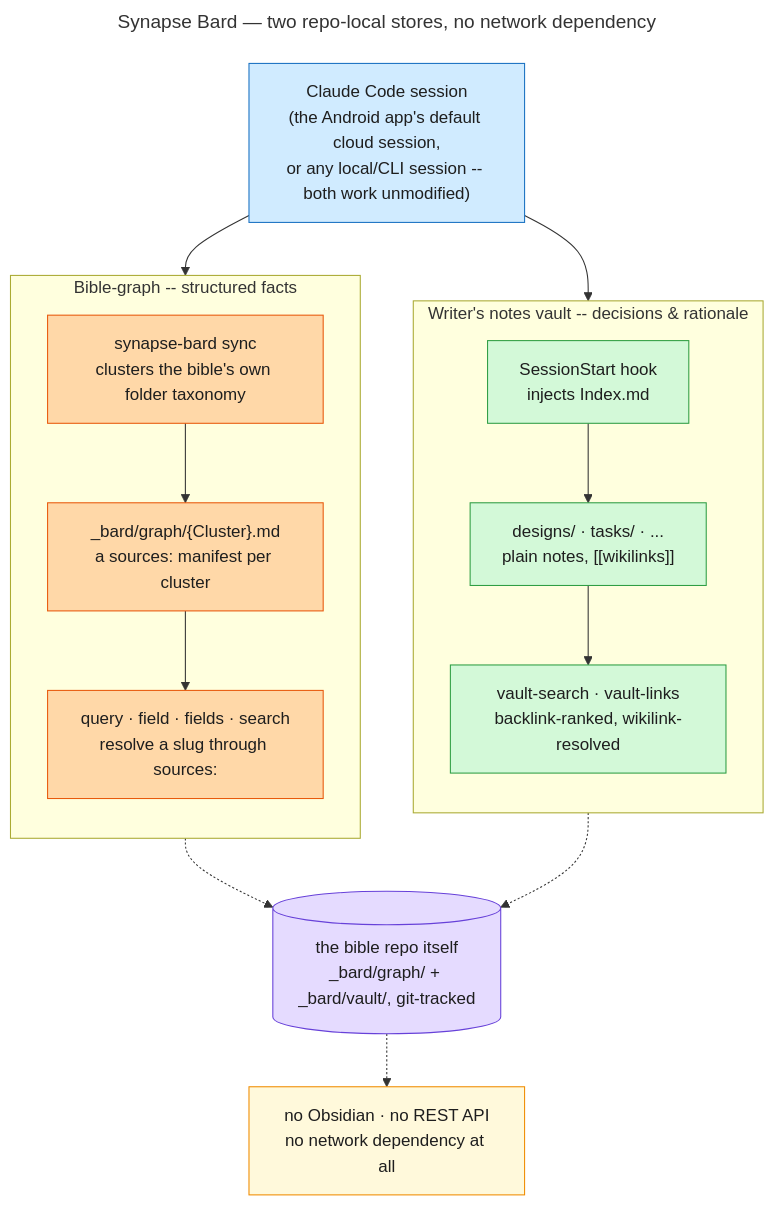
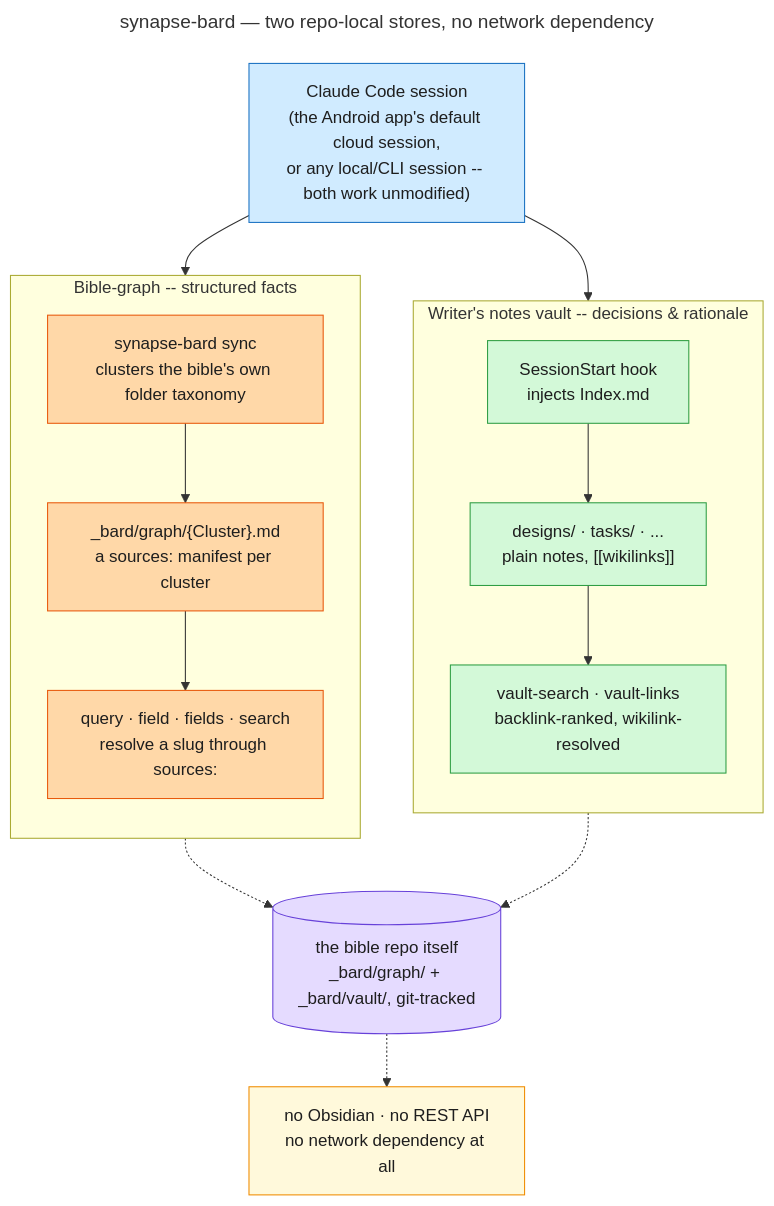
The diagram in docs/synapse-bard/diagrams/bard-overview.mmd (imunitic/synapse-bard), drawn with Mermaid before and after one commit. The commit also changed 8 other files, not shown here.

First line of the commit message:
docs(synapse-bard): remove cross-project references to synapse

```diff
--- a/docs/synapse-bard/diagrams/bard-overview.mmd
+++ b/docs/synapse-bard/diagrams/bard-overview.mmd
@@ -1,50 +1,48 @@
 ---
-title: Synapse Bard — two repo-local stores, no network dependency
+title: synapse-bard — two repo-local stores, no network dependency
 ---
-%% Two pillars, not three: unlike Synapse (Vault + Graph + Tools, one hosted
-%% store underneath both), bard's Bible-graph and Writer's notes vault are
-%% each their own Store implementation over their own directory in the SAME
-%% repo -- there is no third, externally-hosted store either depends on. The
-%% "no network dependency" badge is the single fact this diagram exists to
-%% carry: it is what makes both pillars work unmodified from the Android
-%% app's default cloud session, which has no route to anything outside the
-%% repo it cloned.
+%% Two pillars: the Bible-graph and Writer's notes vault are each their own
+%% Store implementation over their own directory in the SAME repo -- there is
+%% no third, externally-hosted store either depends on. The "no network
+%% dependency" badge is the single fact this diagram exists to carry: it is
+%% what makes both pillars work unmodified from the Android app's default
+%% cloud session, which has no route to anything outside the repo it cloned.
 flowchart TB
     classDef session fill:#d0ebff,stroke:#1971c2,color:#1e1e1e
     classDef bgraph fill:#ffd8a8,stroke:#e8590c,color:#1e1e1e
     classDef vault fill:#d3f9d8,stroke:#2f9e44,color:#1e1e1e
     classDef repo fill:#e5dbff,stroke:#6741d9,color:#1e1e1e
     classDef badge fill:#fff9db,stroke:#f08c00,color:#1e1e1e
 
     SESSION["Claude Code session<br/>(the Android app's default cloud session,<br/>or any local/CLI session -- both work unmodified)"]
 
     subgraph GRAPH["Bible-graph -- structured facts"]
         direction TB
         G1["synapse-bard sync<br/>clusters the bible's own folder taxonomy"]
         G2["_bard/graph/{Cluster}.md<br/>a sources: manifest per cluster"]
         G3["query · field · fields · search<br/>resolve a slug through sources:"]
         G1 --> G2 --> G3
     end
 
     subgraph VAULT["Writer's notes vault -- decisions & rationale"]
         direction TB
         V1["SessionStart hook<br/>injects Index.md"]
         V2["designs/ · tasks/ · ...<br/>plain notes, [[wikilinks]]"]
         V3["vault-search · vault-links<br/>backlink-ranked, wikilink-resolved"]
         V1 --> V2 --> V3
     end
 
     REPO[("the bible repo itself<br/>_bard/graph/ + _bard/vault/, git-tracked")]
     NET["no Obsidian · no REST API<br/>no network dependency at all"]
 
     SESSION --> GRAPH
     SESSION --> VAULT
     GRAPH -.-> REPO
     VAULT -.-> REPO
     REPO -.-> NET
 
     class SESSION session
     class G1,G2,G3 bgraph
     class V1,V2,V3 vault
     class REPO repo
     class NET badge
```
